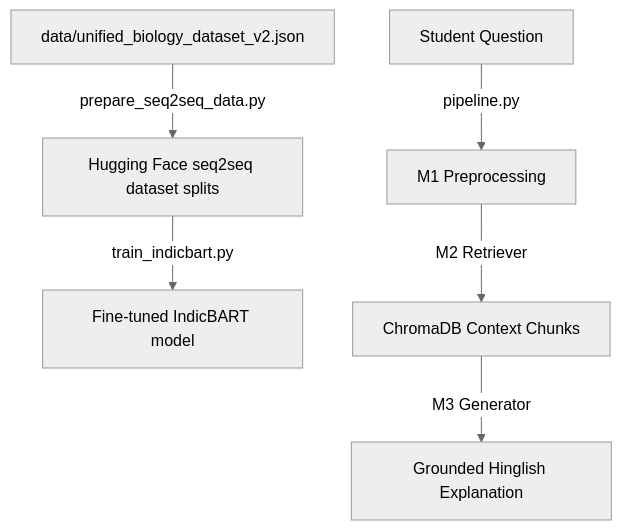
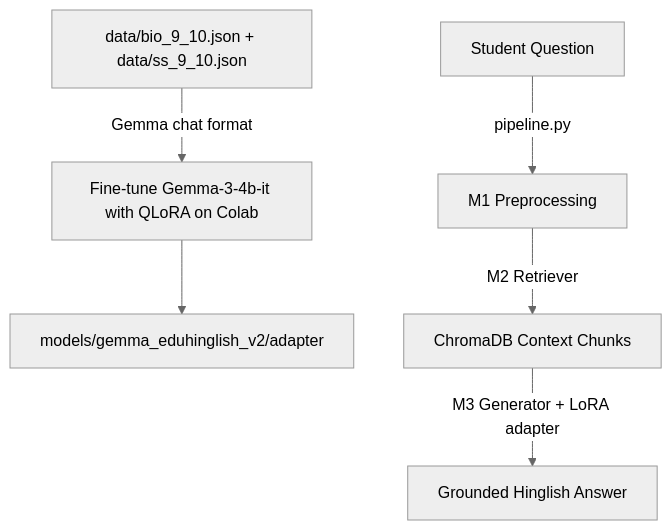
The fifth of 5 diagrams in test_commands.md (PersuasivePost/EduHinglish), drawn with Mermaid (neutral theme) before and after one commit. The commit also changed other lines of this file and 79 other files, not shown here.

````diff
--- a/test_commands.md
+++ b/test_commands.md
@@ -221,8 +221,8 @@
 ```mermaid
 graph TD
-    A[data/unified_biology_dataset_v2.json] -->|prepare_seq2seq_data.py| B[Hugging Face seq2seq dataset splits]
-    B -->|train_indicbart.py| C[Fine-tuned IndicBART model]
+    A[data/bio_9_10.json + data/ss_9_10.json] -->|Gemma chat format| B[Fine-tune Gemma-3-4b-it with QLoRA on Colab]
+    B --> C[models/gemma_eduhinglish_v2/adapter]
     D[Student Question] -->|pipeline.py| E[M1 Preprocessing]
     E -->|M2 Retriever| F[ChromaDB Context Chunks]
-    F -->|M3 Generator| G[Grounded Hinglish Explanation]
+    F -->|M3 Generator + LoRA adapter| G[Grounded Hinglish Answer]
 ```
````
